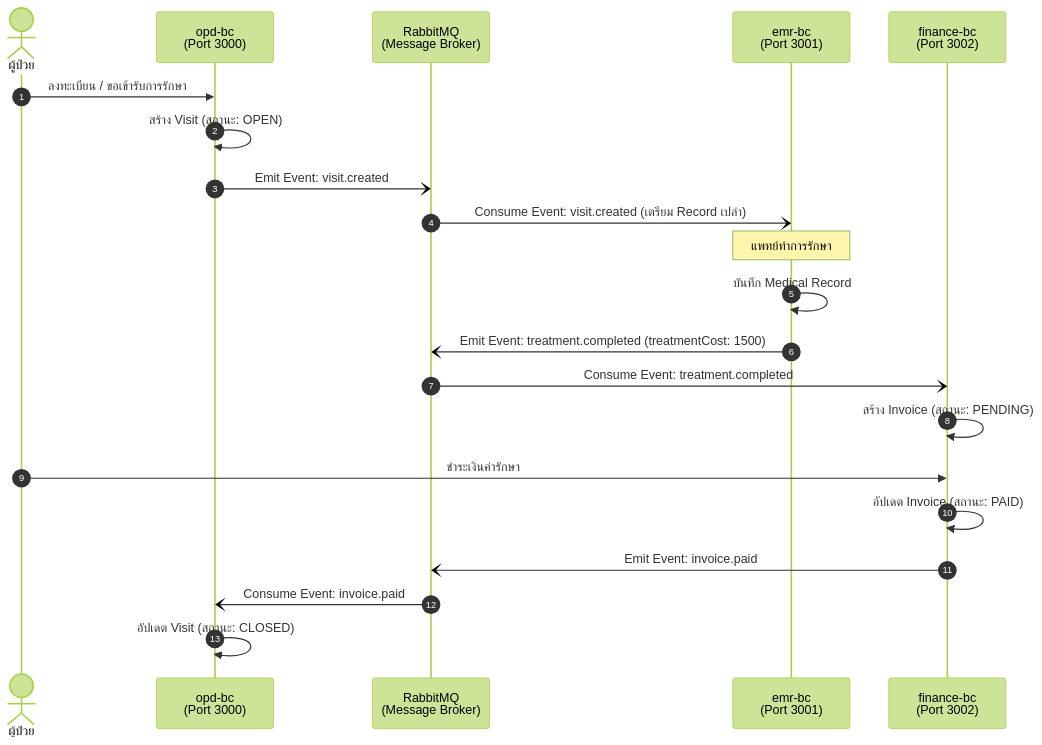
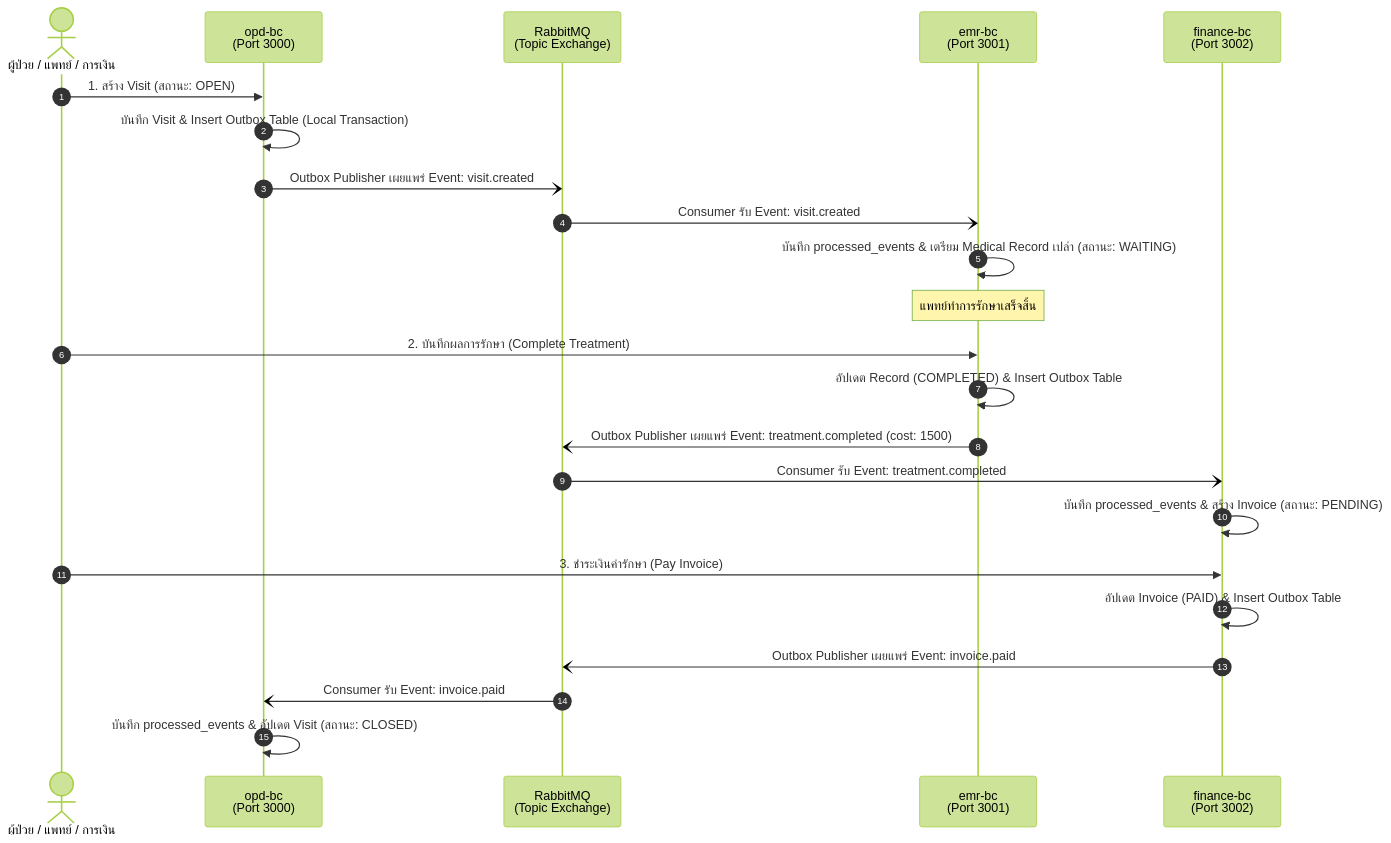
One commit to faryporza/his-microservices-assignment changed the second of 2 diagrams in README.md. Above: the diagram before and after it, drawn with Mermaid (forest theme). The commit also changed other lines of this file, not shown here.

````diff
--- a/README.md
+++ b/README.md
@@ -427,28 +236,28 @@
 ```mermaid
 sequenceDiagram
     autonumber
-    actor Patient as ผู้ป่วย
+    actor Patient as ผู้ป่วย / แพทย์ / การเงิน
     participant OPD as opd-bc<br/>(Port 3000)
-    participant RMQ as RabbitMQ<br/>(Message Broker)
+    participant RMQ as RabbitMQ<br/>(Topic Exchange)
     participant EMR as emr-bc<br/>(Port 3001)
     participant FIN as finance-bc<br/>(Port 3002)
 
-    Patient->>OPD: ลงทะเบียน / ขอเข้ารับการรักษา
-    OPD->>OPD: สร้าง Visit (สถานะ: OPEN)
-    OPD-)RMQ: Emit Event: visit.created
-    RMQ-)EMR: Consume Event: visit.created (เตรียม Record เปล่า)
+    Patient->>OPD: 1. สร้าง Visit (สถานะ: OPEN)
+    OPD->>OPD: บันทึก Visit & Insert Outbox Table (Local Transaction)
+    OPD-)RMQ: Outbox Publisher เผยแพร่ Event: visit.created
+    RMQ-)EMR: Consumer รับ Event: visit.created
+    EMR->>EMR: บันทึก processed_events & เตรียม Medical Record เปล่า (สถานะ: WAITING)
 
-    Note over EMR: แพทย์ทำการรักษา
-    EMR->>EMR: บันทึก Medical Record
-    EMR-)RMQ: Emit Event: treatment.completed (treatmentCost: 1500)
+    Note over EMR: แพทย์ทำการรักษาเสร็จสิ้น
+    Patient->>EMR: 2. บันทึกผลการรักษา (Complete Treatment)
+    EMR->>EMR: อัปเดต Record (COMPLETED) & Insert Outbox Table
+    EMR-)RMQ: Outbox Publisher เผยแพร่ Event: treatment.completed (cost: 1500)
+    RMQ-)FIN: Consumer รับ Event: treatment.completed
+    FIN->>FIN: บันทึก processed_events & สร้าง Invoice (สถานะ: PENDING)
 
-    RMQ-)FIN: Consume Event: treatment.completed
-    FIN->>FIN: สร้าง Invoice (สถานะ: PENDING)
-
-    Patient->>FIN: ชำระเงินค่ารักษา
-    FIN->>FIN: อัปเดต Invoice (สถานะ: PAID)
-    FIN-)RMQ: Emit Event: invoice.paid
-
-    RMQ-)OPD: Consume Event: invoice.paid
-    OPD->>OPD: อัปเดต Visit (สถานะ: CLOSED)
+    Patient->>FIN: 3. ชำระเงินค่ารักษา (Pay Invoice)
+    FIN->>FIN: อัปเดต Invoice (PAID) & Insert Outbox Table
+    FIN-)RMQ: Outbox Publisher เผยแพร่ Event: invoice.paid
+    RMQ-)OPD: Consumer รับ Event: invoice.paid
+    OPD->>OPD: บันทึก processed_events & อัปเดต Visit (สถานะ: CLOSED)
 ```
````
